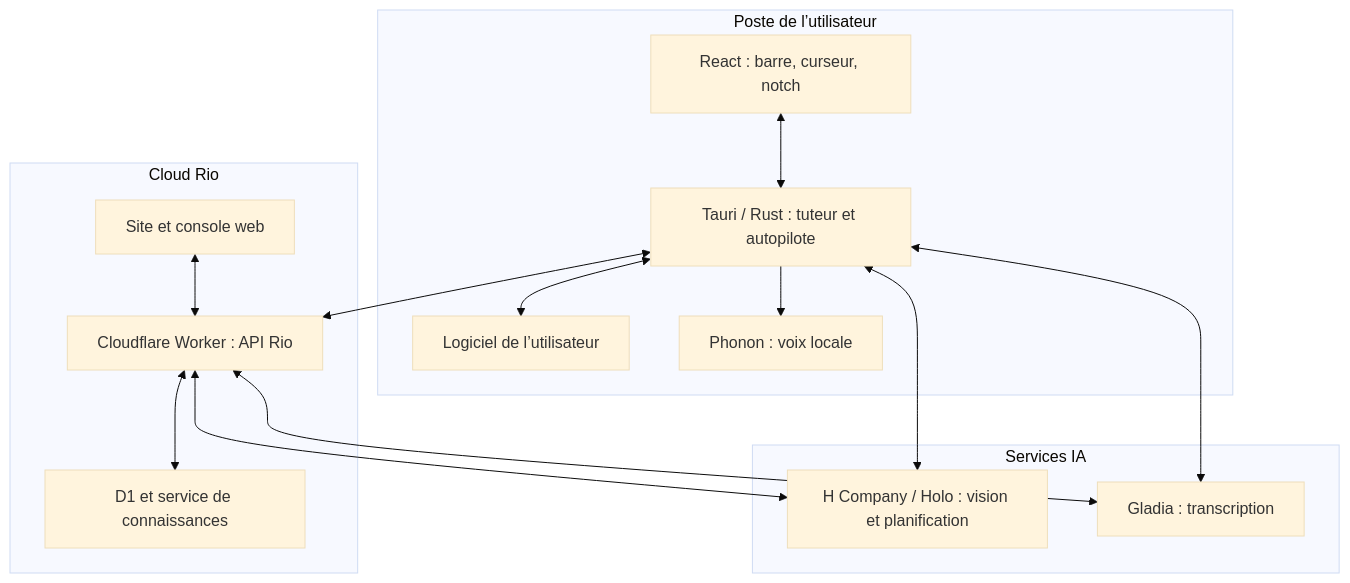
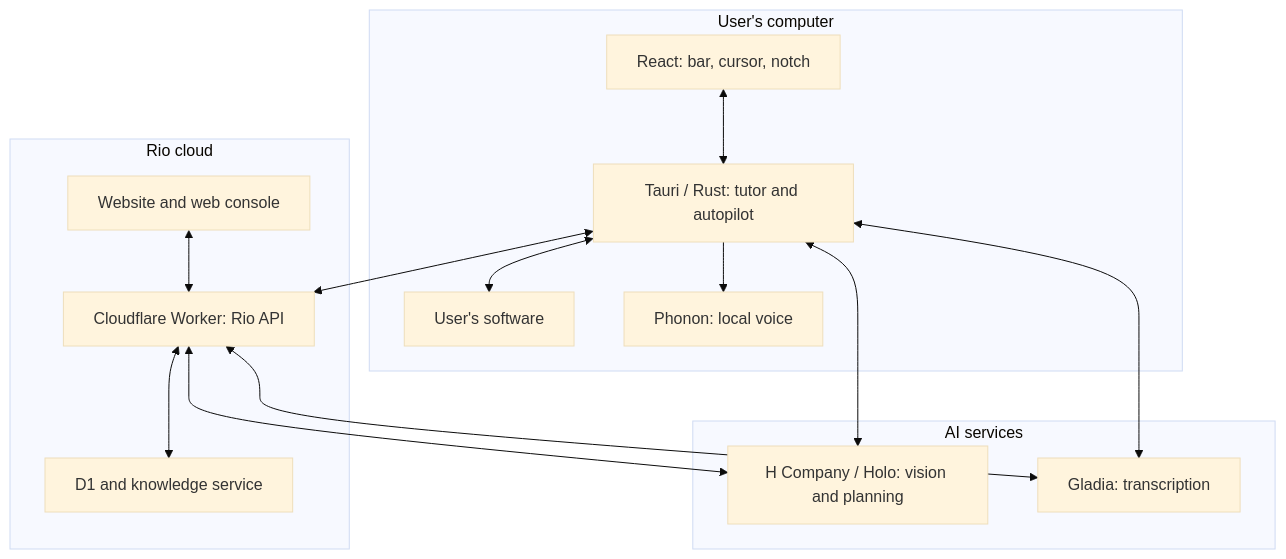
One commit to talal95c/Hcompany-Hack changed the second of 2 diagrams in README.md. Above: the diagram before and after it, drawn with Mermaid (base theme). The commit also changed other lines of this file, not shown here.

````diff
--- a/README.md
+++ b/README.md
@@ -58,28 +58,28 @@
 ```mermaid
 flowchart TD
-    subgraph Local["Poste de l’utilisateur"]
-        UI["React : barre, curseur, notch"]
-        Desktop["Tauri / Rust : tuteur et autopilote"]
-        App["Logiciel de l’utilisateur"]
-        Voice["Phonon : voix locale"]
+    subgraph Local["User's computer"]
+        UI["React: bar, cursor, notch"]
+        Desktop["Tauri / Rust: tutor and autopilot"]
+        App["User's software"]
+        Voice["Phonon: local voice"]
         UI <--> Desktop
         Desktop <--> App
         Desktop --> Voice
     end
-    subgraph Cloud["Cloud Rio"]
-        Web["Site et console web"]
-        API["Cloudflare Worker : API Rio"]
-        Data["D1 et service de connaissances"]
+    subgraph Cloud["Rio cloud"]
+        Web["Website and web console"]
+        API["Cloudflare Worker: Rio API"]
+        Data["D1 and knowledge service"]
         Web <--> API
         API <--> Data
     end
-    subgraph AI["Services IA"]
-        Holo["H Company / Holo : vision et planification"]
-        Gladia["Gladia : transcription"]
+    subgraph AI["AI services"]
+        Holo["H Company / Holo: vision and planning"]
+        Gladia["Gladia: transcription"]
     end
     Desktop <--> Holo
     Desktop <--> Gladia
     Desktop <--> API
     API <--> Holo
     API <--> Gladia
 ```
````
